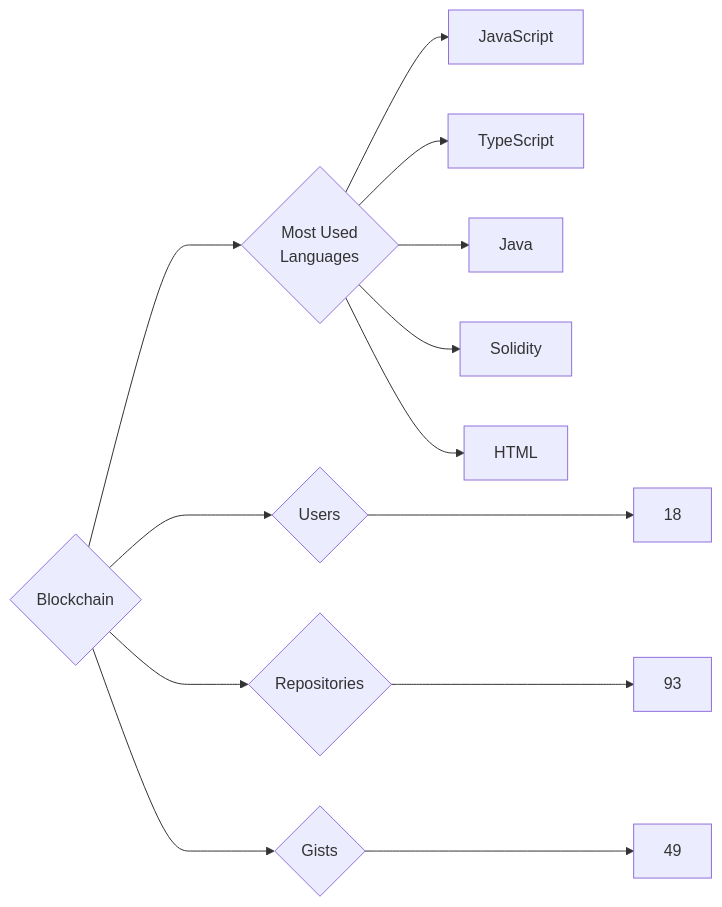
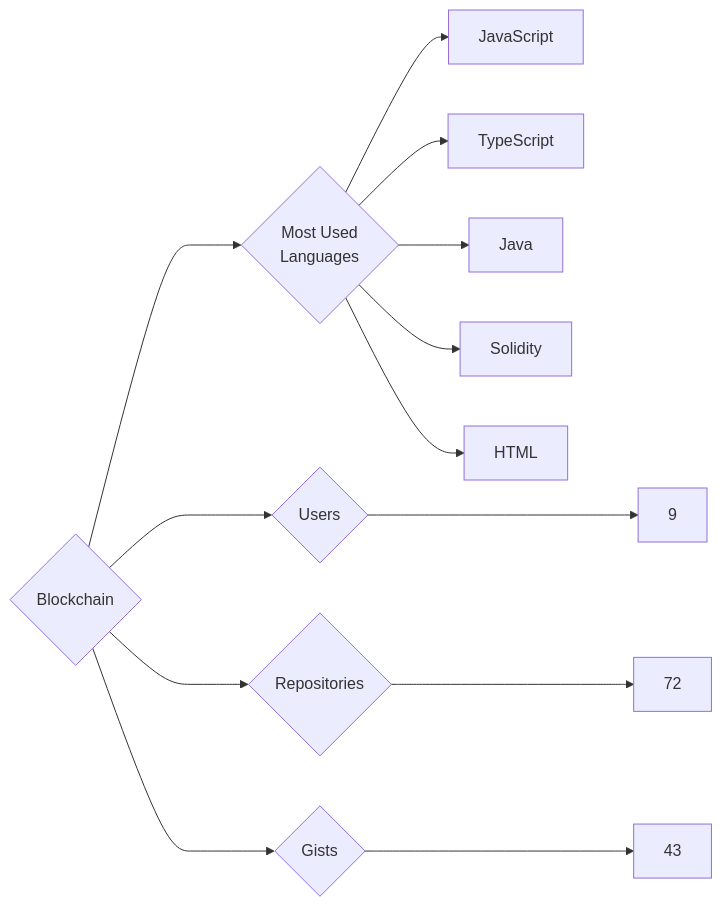
One commit to trickest/insiders changed the diagram in targets/Blockchain/README.md. Above: the diagram before and after it, drawn with Mermaid. The commit also changed 618 other files, not shown here.

````diff
--- a/targets/Blockchain/README.md
+++ b/targets/Blockchain/README.md
@@ -3,13 +3,13 @@
 ```mermaid
 graph LR
 COMPANY_NAME{Blockchain}
-COMPANY_NAME ---> U{Users} ---> UN[18]
-COMPANY_NAME ---> R{Repositories} ---> RN[93]
-COMPANY_NAME ---> G{Gists} ---> GN[49]
+COMPANY_NAME ---> U{Users} ---> UN[9]
+COMPANY_NAME ---> R{Repositories} ---> RN[72]
+COMPANY_NAME ---> G{Gists} ---> GN[43]
 COMPANY_NAME ---> ML{Most Used<br>Languages}
 ML --> JavaScript[JavaScript]
 ML --> TypeScript[TypeScript]
 ML --> Java[Java]
 ML --> Solidity[Solidity]
 ML --> HTML[HTML]
 ```
````
